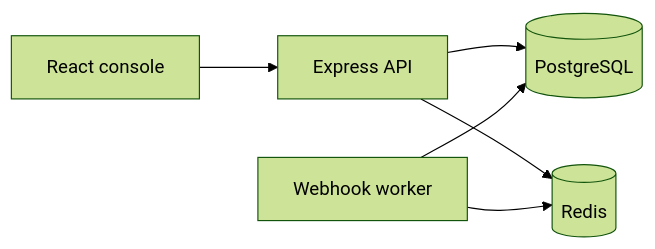
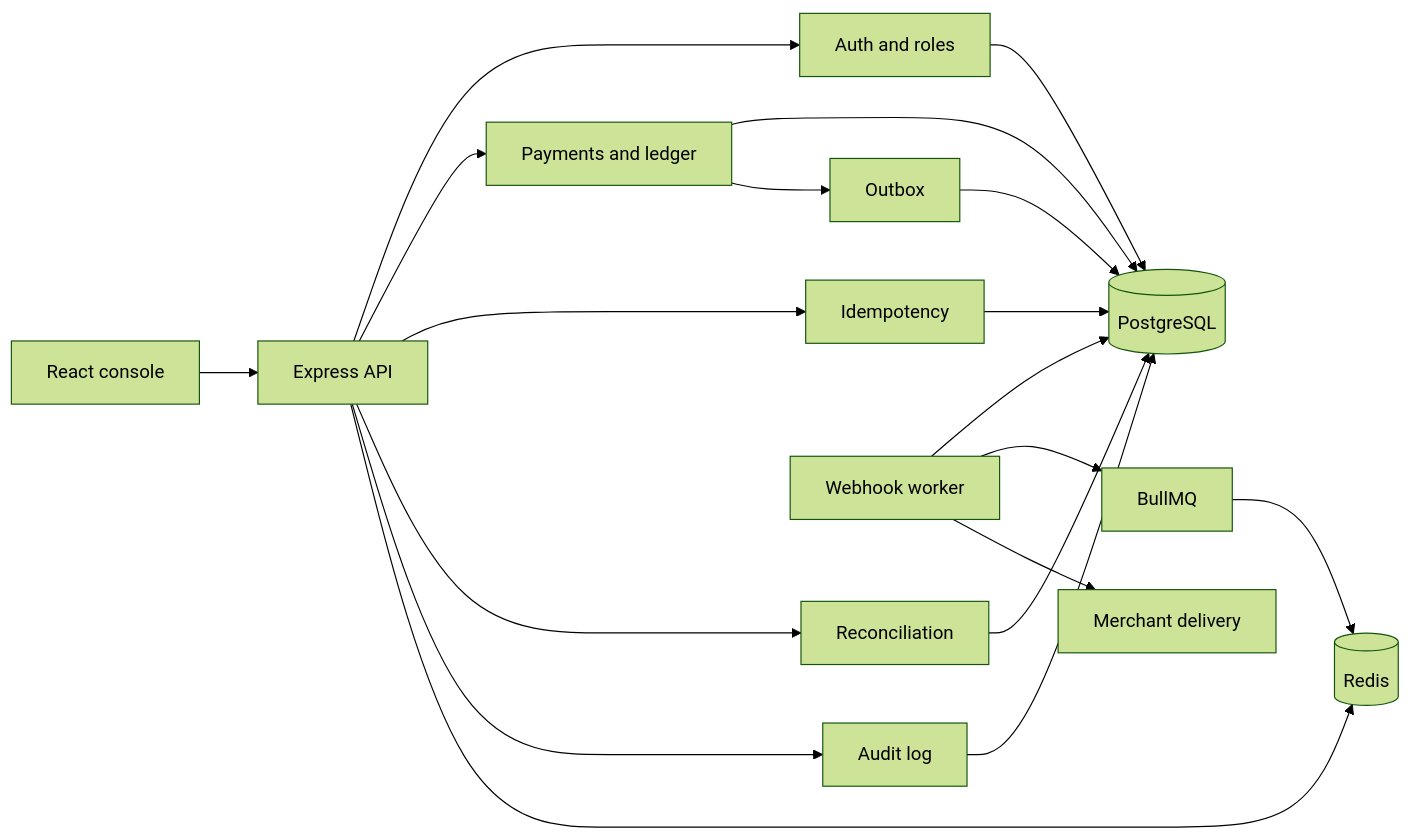
One commit to Hritik669/PAYGUARD changed the first of 4 diagrams in README.md. Above: the diagram before and after it, drawn with Mermaid (forest theme). The commit also changed other lines of this file and 24 other files, not shown here.

````diff
--- a/README.md
+++ b/README.md
@@ -19,8 +78,35 @@
 ```mermaid
 flowchart LR
-  Browser[React console] --> API[Express API]
-  API --> PG[(PostgreSQL)]
-  API --> Redis[(Redis)]
-  Worker[Webhook worker] --> PG
-  Worker --> Redis
+  Browser[React console]
+  API[Express API]
+  Auth[Auth and roles]
+  Payments[Payments and ledger]
+  Idem[Idempotency]
+  Recon[Reconciliation]
+  Audit[Audit log]
+  PG[(PostgreSQL)]
+  Redis[(Redis)]
+  Worker[Webhook worker]
+  Queue[BullMQ]
+  Outbox[Outbox]
+  Merchant[Merchant delivery]
+
+  Browser --> API
+  API --> Auth
+  API --> Payments
+  API --> Idem
+  API --> Recon
+  API --> Audit
+  Payments --> PG
+  Idem --> PG
+  Recon --> PG
+  Audit --> PG
+  Auth --> PG
+  API --> Redis
+  Payments --> Outbox
+  Outbox --> PG
+  Worker --> PG
+  Worker --> Queue
+  Queue --> Redis
+  Worker --> Merchant
 ```
````
